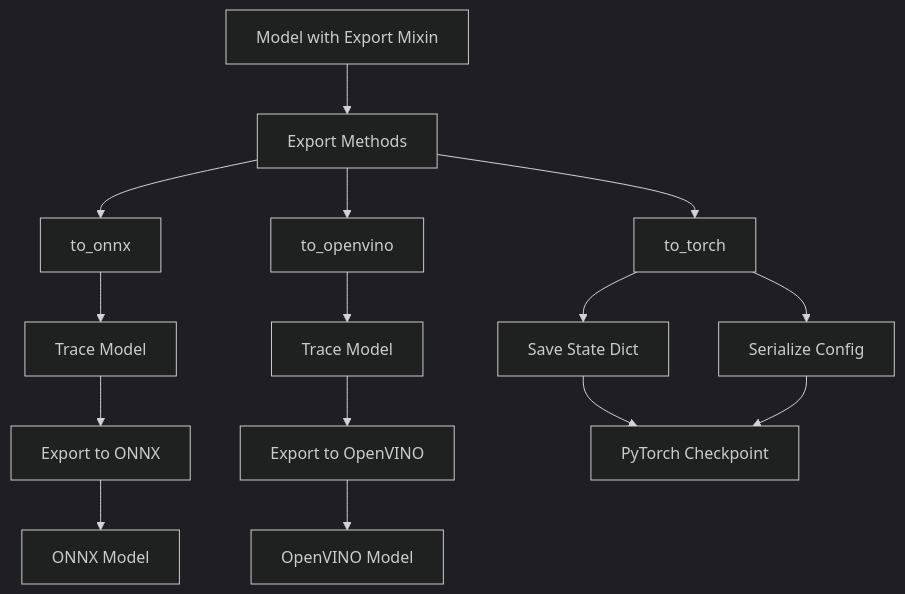
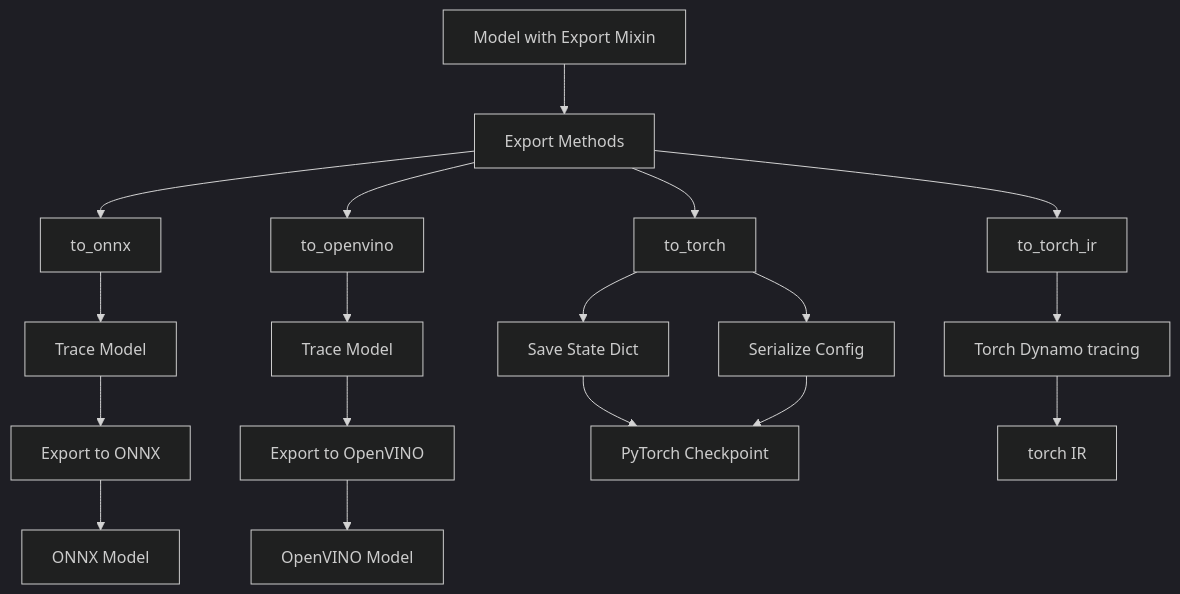
One commit to open-edge-platform/physical-ai-studio changed the diagram in library/docs/design/export/README.md. Above: the diagram before and after it, drawn with Mermaid (dark theme). The commit also changed other lines of this file, not shown here.

````diff
--- a/library/docs/design/export/README.md
+++ b/library/docs/design/export/README.md
@@ -45,23 +50,28 @@
 ```mermaid
 graph TB
     A[Model with Export Mixin] --> B[Export Methods]
     B --> C[to_torch]
     B --> D[to_onnx]
     B --> P[to_openvino]
 
     C --> E[Save State Dict]
     C --> F[Serialize Config]
 
     D --> G[Trace Model]
     G --> H[Export to ONNX]
 
     P --> S[Trace Model]
     S --> M[Export to OpenVINO]
 
     E --> I[PyTorch Checkpoint]
     F --> I
 
     H --> J[ONNX Model]
 
     M --> N[OpenVINO Model]
+
+    B --> Q[to_torch_ir]
+
+    Q --> Y[Torch Dynamo tracing]
+    Y --> Z[torch IR]
 ```
````
